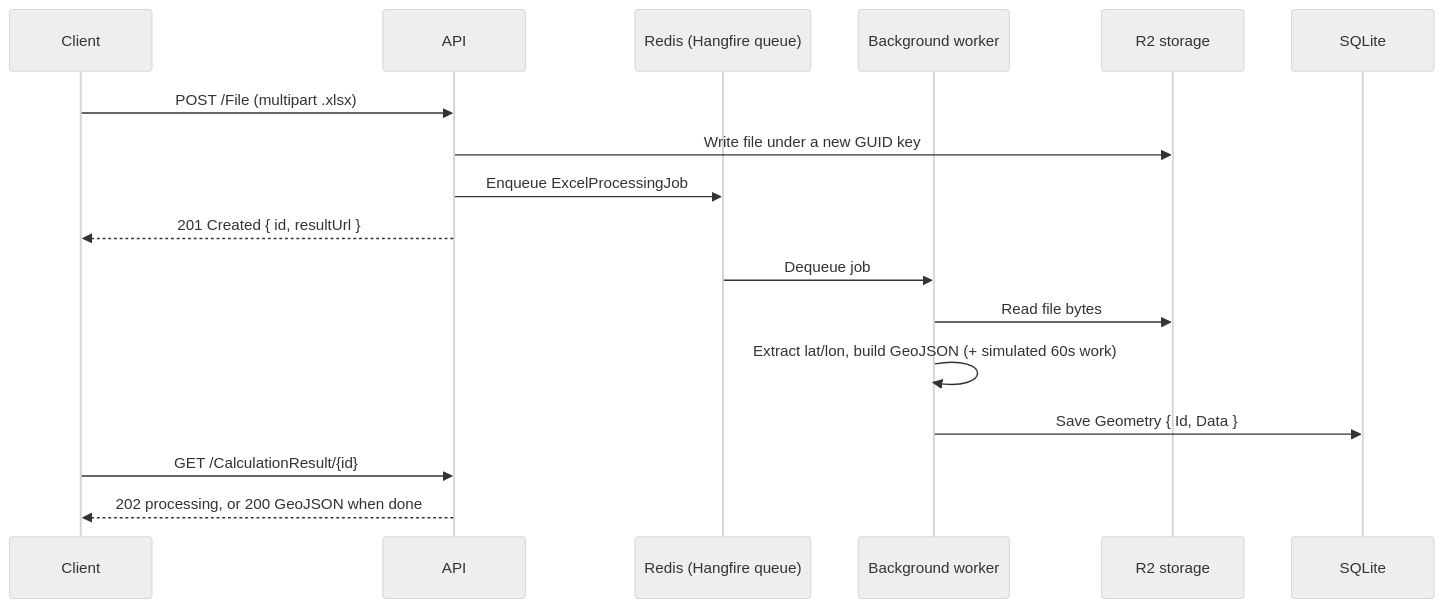
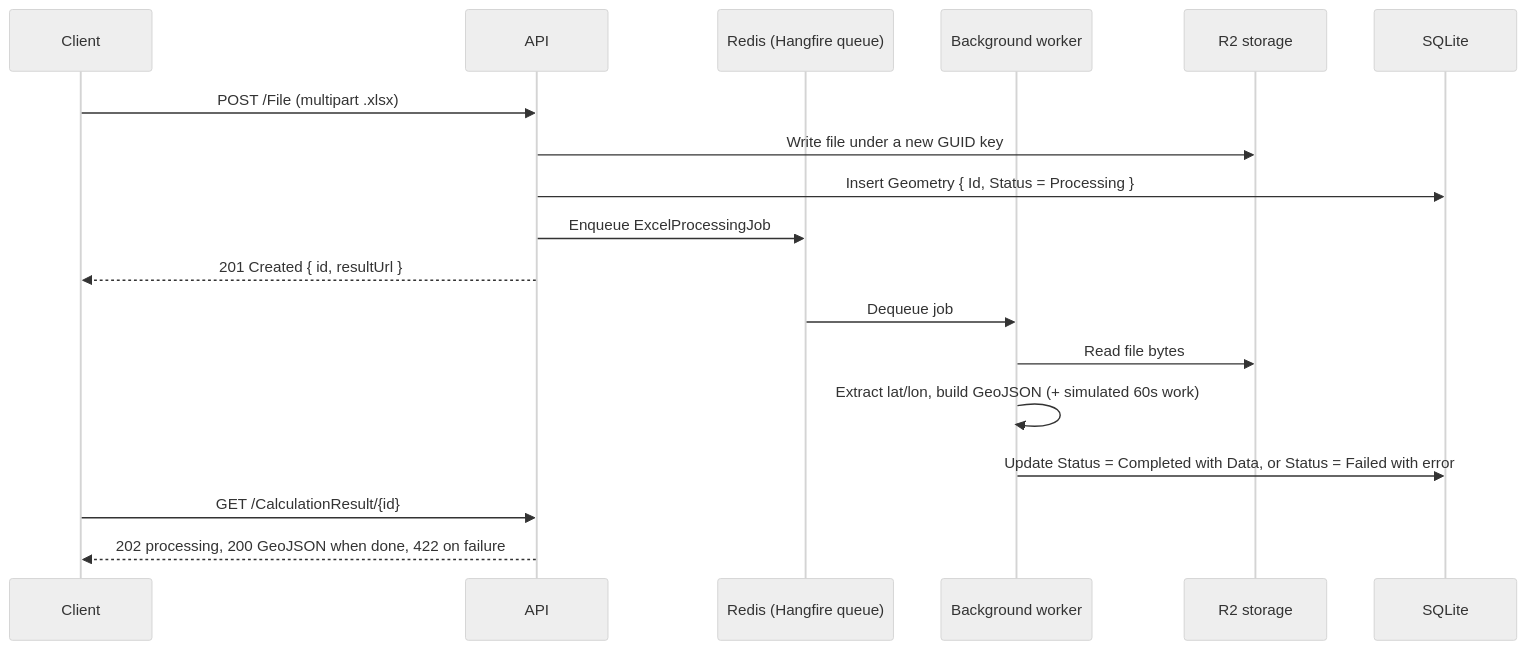
Before and after one commit to PlashSpeed-Aiman/stondy-gorup: the diagram in README.md, drawn with Mermaid (neutral theme). The commit also changed other lines of this file and 10 other files, not shown here.

Commit message:
Add failure handling and status tracking for geometry calculations

````diff
--- a/README.md
+++ b/README.md
@@ -9,20 +9,21 @@
 ```mermaid
 sequenceDiagram
     participant C as Client
     participant A as API
     participant R as Redis (Hangfire queue)
     participant W as Background worker
     participant S as R2 storage
     participant D as SQLite
 
     C->>A: POST /File (multipart .xlsx)
     A->>S: Write file under a new GUID key
+    A->>D: Insert Geometry { Id, Status = Processing }
     A->>R: Enqueue ExcelProcessingJob
     A-->>C: 201 Created { id, resultUrl }
     R->>W: Dequeue job
     W->>S: Read file bytes
     W->>W: Extract lat/lon, build GeoJSON (+ simulated 60s work)
-    W->>D: Save Geometry { Id, Data }
+    W->>D: Update Status = Completed with Data, or Status = Failed with error
     C->>A: GET /CalculationResult/{id}
-    A-->>C: 202 processing, or 200 GeoJSON when done
+    A-->>C: 202 processing, 200 GeoJSON when done, 422 on failure
 ```
````
